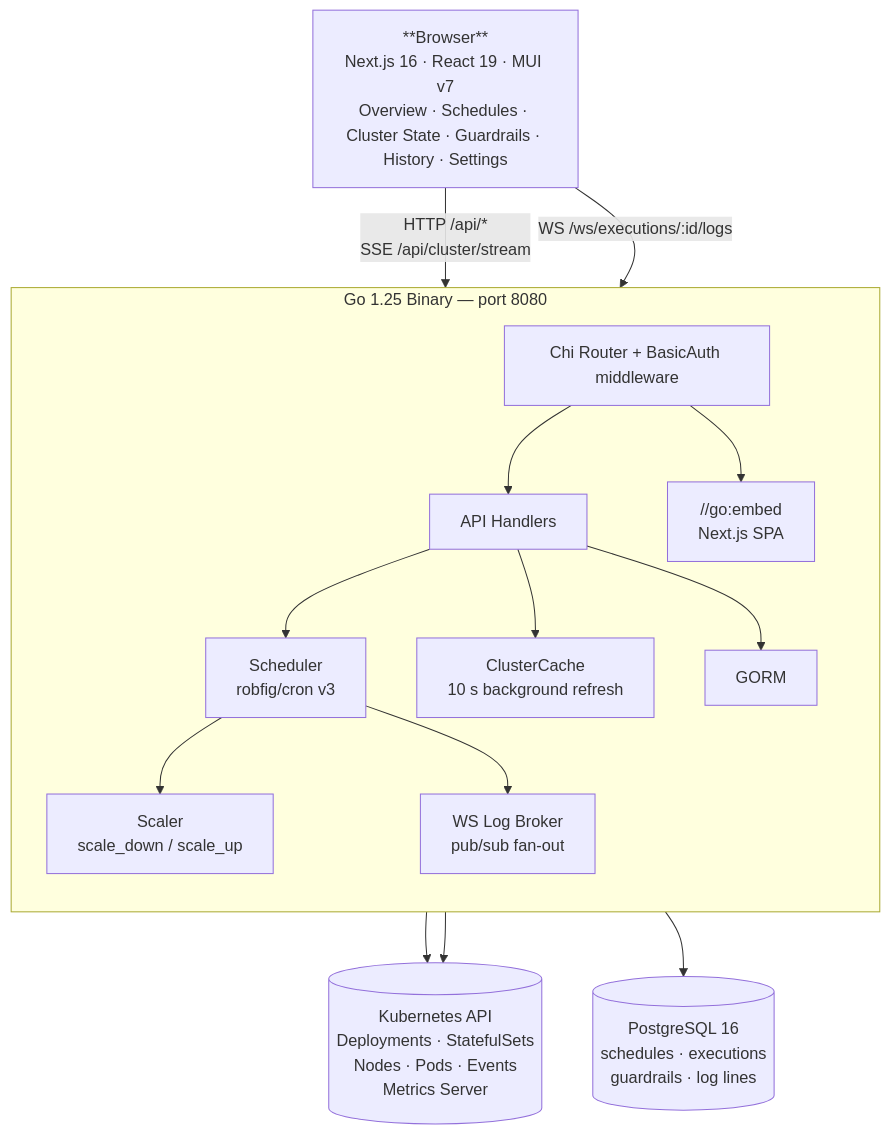
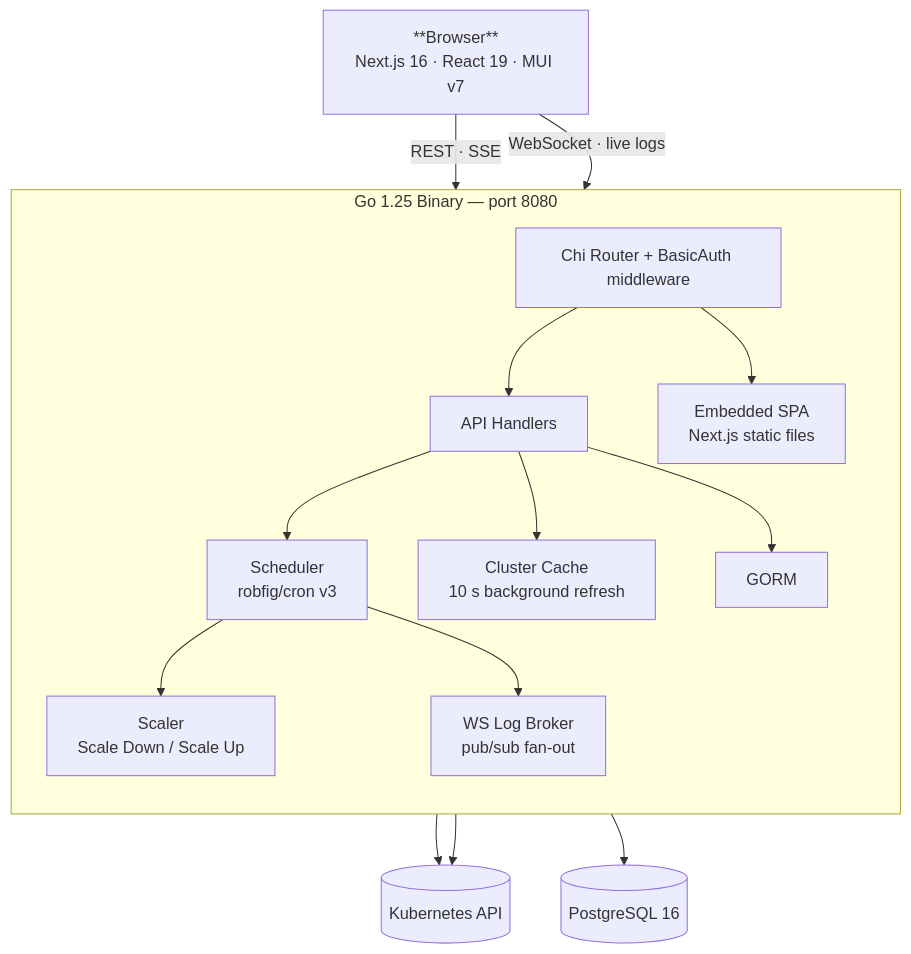
The diagram in README.md (MacXsimilian/kube-phoenix), drawn with Mermaid before and after one commit. The commit also changed other lines of this file, not shown here.

First line of the commit message:
docs: revise Why section and clean up architecture diagram

````diff
--- a/README.md
+++ b/README.md
@@ -105,32 +103,32 @@
 ```mermaid
 flowchart TB
-    Browser["**Browser**\nNext.js 16 · React 19 · MUI v7\nOverview · Schedules · Cluster State · Guardrails · History · Settings"]
+    Browser["**Browser**\nNext.js 16 · React 19 · MUI v7"]
 
     subgraph Binary["Go 1.25 Binary — port 8080"]
         direction TB
         Router["Chi Router + BasicAuth middleware"]
         Handlers["API Handlers"]
         Scheduler["Scheduler\nrobfig/cron v3"]
-        Scaler["Scaler\nscale_down / scale_up"]
-        Cache["ClusterCache\n10 s background refresh"]
+        Scaler["Scaler\nScale Down / Scale Up"]
+        Cache["Cluster Cache\n10 s background refresh"]
         Broker["WS Log Broker\npub/sub fan-out"]
         GORM["GORM"]
-        SPA["//go:embed\nNext.js SPA"]
+        SPA["Embedded SPA\nNext.js static files"]
     end
 
-    K8s[("Kubernetes API\nDeployments · StatefulSets\nNodes · Pods · Events\nMetrics Server")]
-    PG[("PostgreSQL 16\nschedules · executions\nguardrails · log lines")]
+    K8s[("Kubernetes API")]
+    PG[("PostgreSQL 16")]
 
-    Browser -- "HTTP /api/*\nSSE /api/cluster/stream" --> Router
-    Browser -- "WS /ws/executions/:id/logs" --> Router
+    Browser -- "REST · SSE" --> Router
+    Browser -- "WebSocket · live logs" --> Router
     Router --> Handlers
     Router --> SPA
     Handlers --> Scheduler
     Handlers --> Cache
     Handlers --> GORM
     Scheduler --> Scaler
     Scheduler --> Broker
     Scaler --> K8s
     Cache --> K8s
     GORM --> PG
 ```
````
